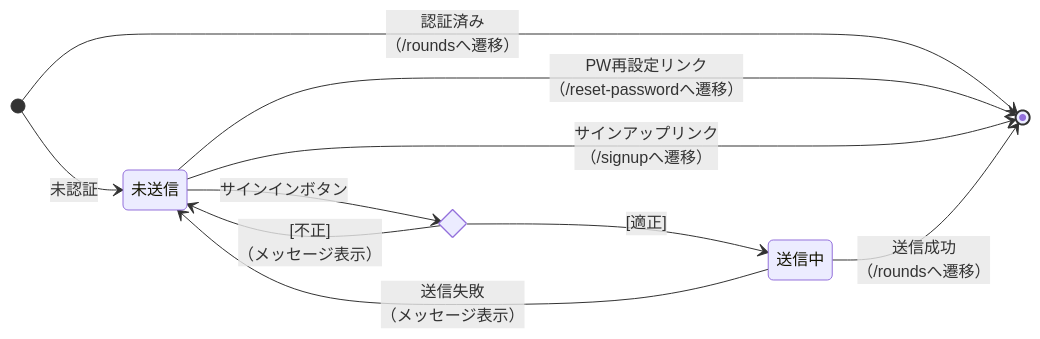
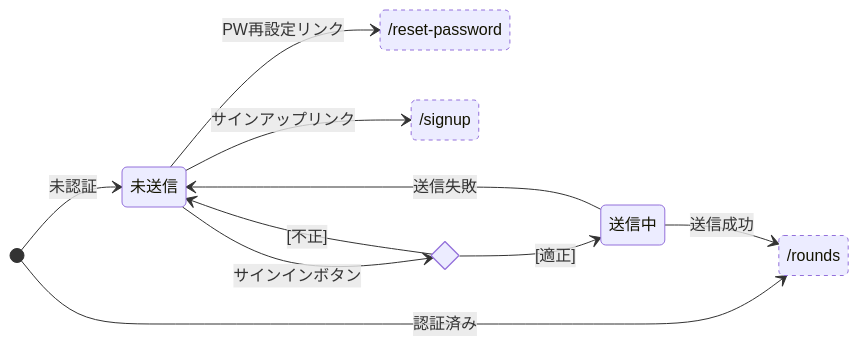
Before and after one commit to yukiyamasaki6/aims: the second of 10 diagrams in docs/screen-state.md, drawn with Mermaid. The commit also changed other lines of this file, not shown here.

First line of the commit message:
docs: screen-state.mdの状態遷移図の表記を整理する (#355)

````diff
--- a/docs/screen-state.md
+++ b/docs/screen-state.md
@@ -26,17 +32,24 @@
 ```mermaid
 stateDiagram-v2
     direction LR
+    state "/rounds" as Rounds
+    state "/reset-password" as ResetPassword
+    state "/signup" as SignUp
+
     [*] --> 未送信: 未認証
-    [*] --> [*]: 認証済み<br/>（/roundsへ遷移）
+    [*] --> Rounds: 認証済み
 
     state c1 <<choice>>
     未送信 --> c1: サインインボタン
     c1 --> 送信中: [適正]
-    c1 --> 未送信: [不正]<br/>（メッセージ表示）
+    c1 --> 未送信: [不正]
 
-    未送信 --> [*]: PW再設定リンク<br/>（/reset-passwordへ遷移）
-    未送信 --> [*]: サインアップリンク<br/>（/signupへ遷移）
+    未送信 --> ResetPassword: PW再設定リンク
+    未送信 --> SignUp: サインアップリンク
 
-    送信中 --> 未送信: 送信失敗<br/>（メッセージ表示）
-    送信中 --> [*]: 送信成功<br/>（/roundsへ遷移）
+    送信中 --> 未送信: 送信失敗
+    送信中 --> Rounds: 送信成功
+
+    classDef external stroke-dasharray: 4 4
+    class Rounds,ResetPassword,SignUp external
 ```
````
